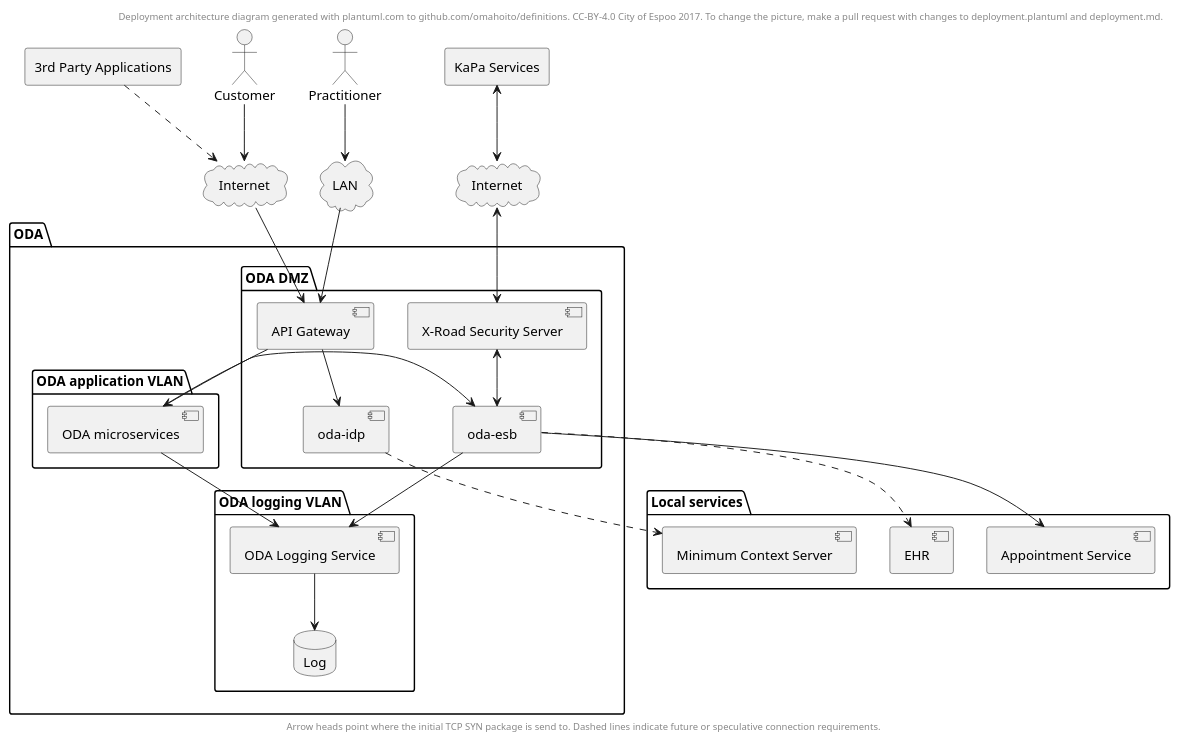
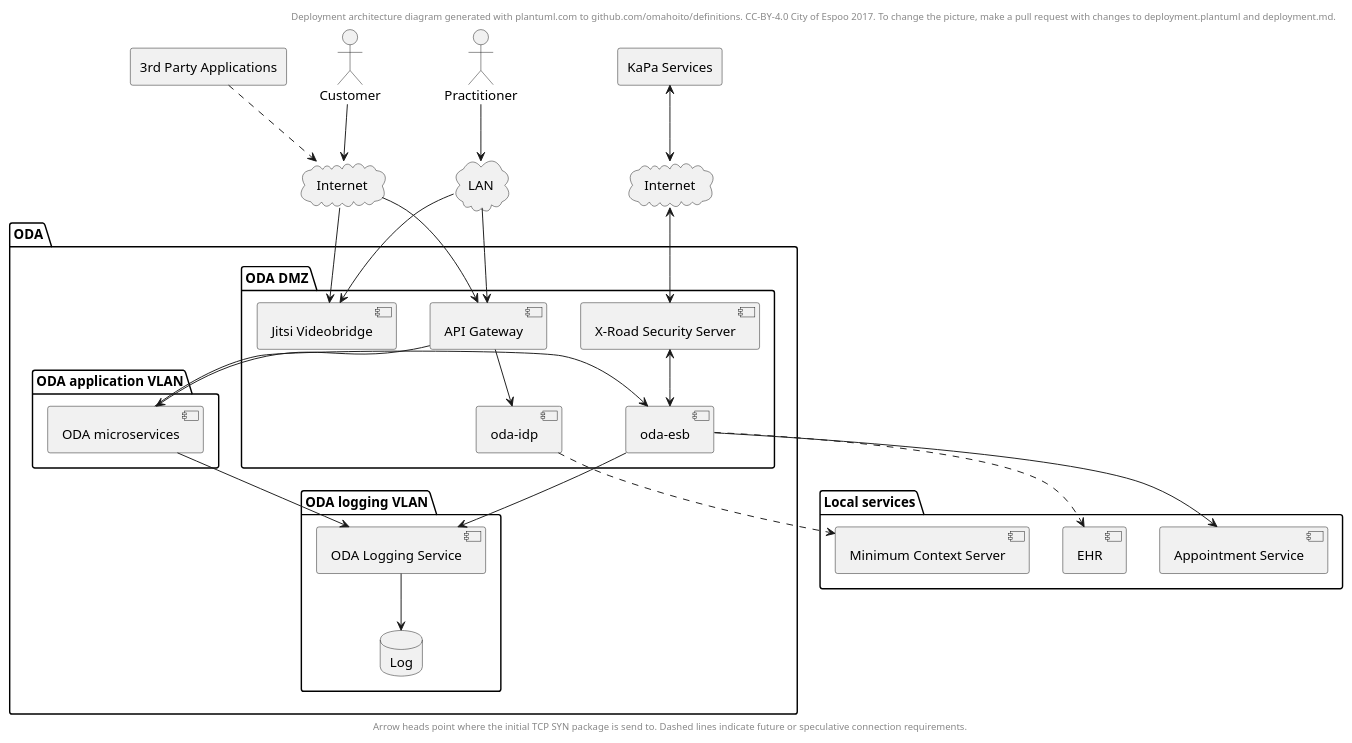
Before and after one commit to ruoat/definitions: the diagram in deployment.plantuml, drawn with PlantUML. The commit also changed 1 other file, not shown here.

Commit message:
Add Jitsi Videobridge ports to deployment description

```diff
--- a/deployment.plantuml
+++ b/deployment.plantuml
@@ -1,70 +1,73 @@
 @startuml
 
 header
 Deployment architecture diagram generated with plantuml.com to github.com/omahoito/definitions. \
 CC-BY-4.0 City of Espoo 2017. \
 To change the picture, make a pull request with changes to deployment.plantuml and deployment.md.
 endheader
 
 footer
 Arrow heads point where the initial TCP SYN package is send to. \
 Dashed lines indicate future or speculative connection requirements.
 endfooter
 
 actor Customer
 actor Practitioner
 agent "KaPa Services" as ks
 agent "3rd Party Applications" as apps
 
 cloud Internet as public
 cloud LAN
 cloud Internet as kapa
 
 Customer --> public
 Practitioner --> LAN
 ks <--> kapa
 apps ..> public
 
 folder "Local services" {
     component "Appointment Service" as appointments
     component "Minimum Context Server" as mctx
     component EHR
 }
 
 folder ODA {
     folder "ODA DMZ" {
         component "X-Road Security Server" as sec
         component "oda-esb" as esb
         component "API Gateway" as gw
         component "oda-idp" as idp
+        component "Jitsi Videobridge" as jitsi
 
     }
     folder "ODA application VLAN" {
         component "ODA microservices" as x
     }
 
     folder "ODA logging VLAN" {
         component "ODA Logging Service" as logging
         database Log
         logging --> Log
     }
 }
 
 public --> gw
+public --> jitsi
 LAN --> gw
+LAN --> jitsi
 
 sec <--> esb
 esb --> appointments
 esb ..> EHR
 esb --> logging
 
 gw --> idp
 idp ..> mctx
 
 kapa <--> sec
 
 gw --> x
 x --> esb
 x --> logging
 
 @enduml
```
